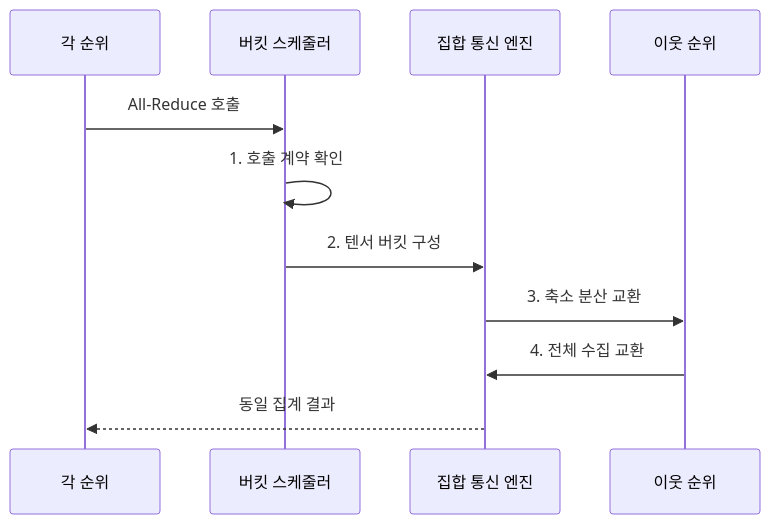
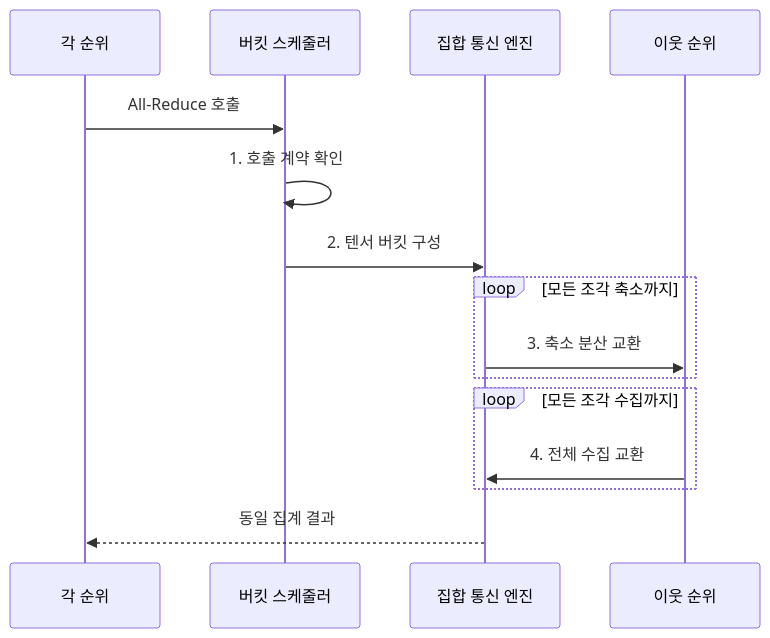
The second of 2 diagrams in src/content/docs/notes/04-network/106_all_reduce_collective_communication.md (agnusdei1207/knowledge-base), drawn with Mermaid before and after one commit. The commit also changed other lines of this file and 11 other files, not shown here.

````diff
--- a/src/content/docs/notes/04-network/106_all_reduce_collective_communication.md
+++ b/src/content/docs/notes/04-network/106_all_reduce_collective_communication.md
@@ -99,13 +99,17 @@
 ```mermaid
 sequenceDiagram
     participant R as 각 순위
     participant S as 버킷 스케줄러
     participant C as 집합 통신 엔진
     participant N as 이웃 순위
     R->>S: All-Reduce 호출
     S->>S: 1. 호출 계약 확인
     S->>C: 2. 텐서 버킷 구성
-    C->>N: 3. 축소 분산 교환
-    N->>C: 4. 전체 수집 교환
+    loop 모든 조각 축소까지
+        C->>N: 3. 축소 분산 교환
+    end
+    loop 모든 조각 수집까지
+        N->>C: 4. 전체 수집 교환
+    end
     C-->>R: 동일 집계 결과
 ```
````
